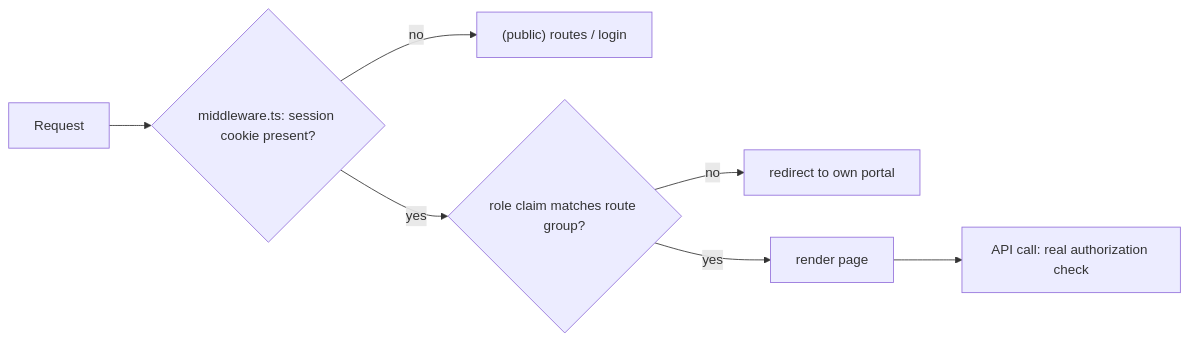
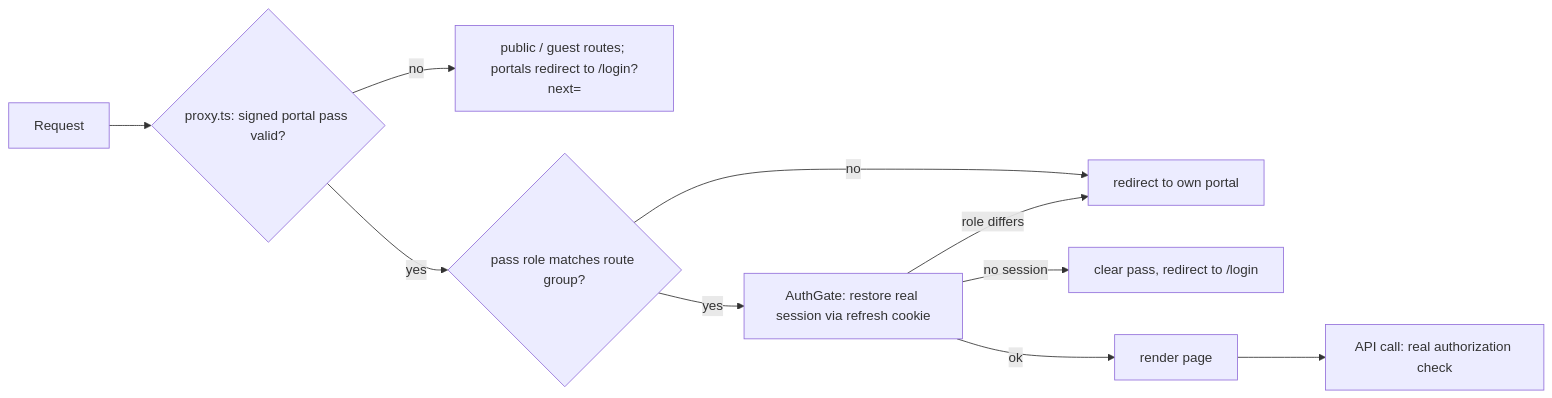
One commit to Bhavya-git-hub/MindMitra changed the third of 17 diagrams in docs/ARCHITECTURE.md. Above: the diagram before and after it, drawn with Mermaid. The commit also changed other lines of this file and 159 other files, not shown here.

First line of the commit message:
feat(web): frontend foundation with design system, auth and role portals

````diff
--- a/docs/ARCHITECTURE.md
+++ b/docs/ARCHITECTURE.md
@@ -235,9 +246,12 @@
 ```mermaid
 flowchart LR
-    R[Request] --> MW{middleware.ts: session cookie present?}
-    MW -- no --> PUB["(public) routes / login"]
-    MW -- yes --> ROLE{role claim matches route group?}
+    R[Request] --> PX{"proxy.ts: signed portal pass valid?"}
+    PX -- no --> PUB["public / guest routes; portals redirect to /login?next="]
+    PX -- yes --> ROLE{pass role matches route group?}
     ROLE -- no --> RED[redirect to own portal]
-    ROLE -- yes --> PAGE[render page]
+    ROLE -- yes --> GATE["AuthGate: restore real session via refresh cookie"]
+    GATE -- no session --> CLR[clear pass, redirect to /login]
+    GATE -- role differs --> RED
+    GATE -- ok --> PAGE[render page]
     PAGE --> API[API call: real authorization check]
 ```
````
